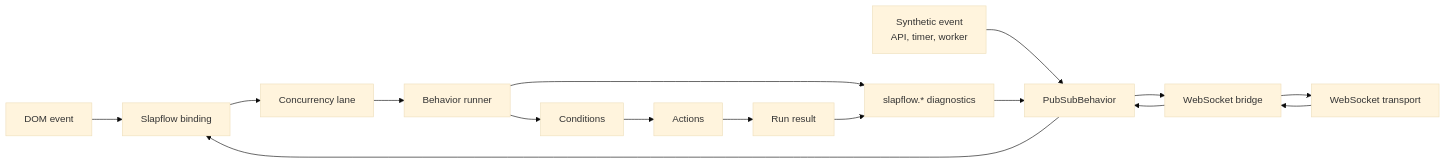
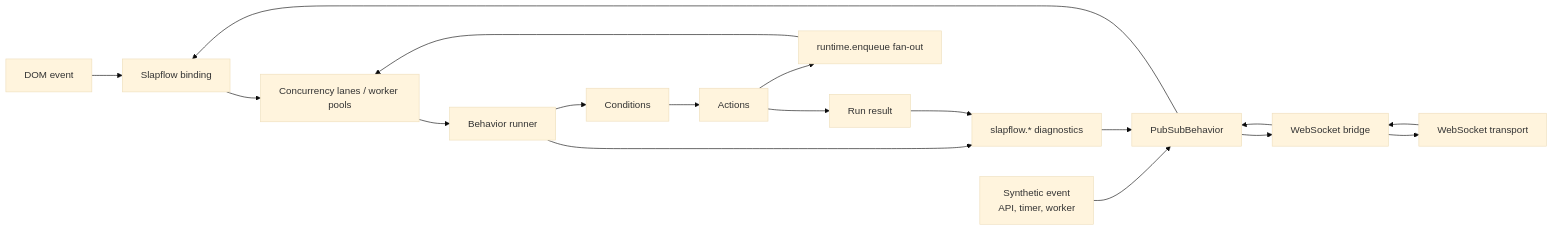
Before and after one commit to khalilov/slapflow: the diagram in RUNTIME-FLOW.mmd, drawn with Mermaid (base theme). The commit also changed 31 other files, not shown here.

Commit message:
Add keyed worker pools, runtime.enqueue and drain

```diff
--- a/RUNTIME-FLOW.mmd
+++ b/RUNTIME-FLOW.mmd
@@ -1,18 +1,21 @@
 flowchart LR
   DOM["DOM event"] --> Slapflow["Slapflow binding"]
   SYNTHETIC["Synthetic event<br/>API, timer, worker"] --> BUS["PubSubBehavior"]
   TRANSPORT["WebSocket transport"] --> WS["WebSocket bridge"]
   WS --> BUS
   BUS --> WS
   WS --> TRANSPORT
   BUS --> Slapflow
 
-  Slapflow --> CONCURRENCY["Concurrency lane"]
+  Slapflow --> CONCURRENCY["Concurrency lanes / worker pools"]
   CONCURRENCY --> RUNNER["Behavior runner"]
   RUNNER --> CONDITIONS["Conditions"]
   CONDITIONS --> ACTIONS["Actions"]
   ACTIONS --> RESULT["Run result"]
 
+  ACTIONS --> POOL["runtime.enqueue fan-out"]
+  POOL --> CONCURRENCY
+
   RUNNER --> DIAGNOSTICS["slapflow.* diagnostics"]
   DIAGNOSTICS --> BUS
   RESULT --> DIAGNOSTICS
```
